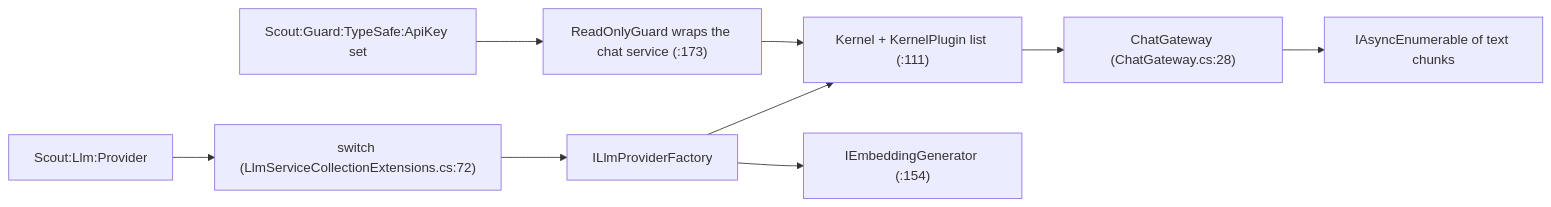
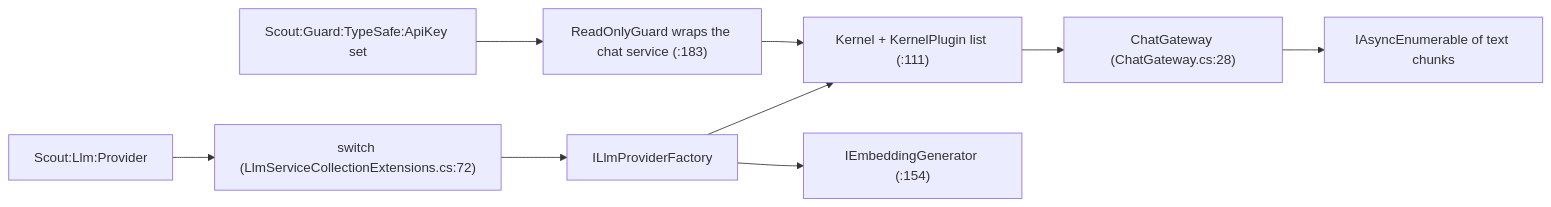
Before and after one commit to vitorafgomes/scout: the diagram in vault/pages/services/llm.md, drawn with Mermaid. The commit also changed other lines of this file and 174 other files, not shown here.

````diff
--- a/vault/pages/services/llm.md
+++ b/vault/pages/services/llm.md
@@ -44,11 +47,11 @@
 ```mermaid
 flowchart LR
     cfg["Scout:Llm:Provider"] --> sw["switch (LlmServiceCollectionExtensions.cs:72)"]
     sw --> fac["ILlmProviderFactory"]
     fac --> k["Kernel + KernelPlugin list (:111)"]
-    guard["Scout:Guard:TypeSafe:ApiKey set"] --> g["ReadOnlyGuard wraps the chat service (:173)"]
+    guard["Scout:Guard:TypeSafe:ApiKey set"] --> g["ReadOnlyGuard wraps the chat service (:183)"]
     g --> k
     k --> gw["ChatGateway (ChatGateway.cs:28)"]
     fac --> emb["IEmbeddingGenerator (:154)"]
     gw --> out["IAsyncEnumerable of text chunks"]
 ```
````
